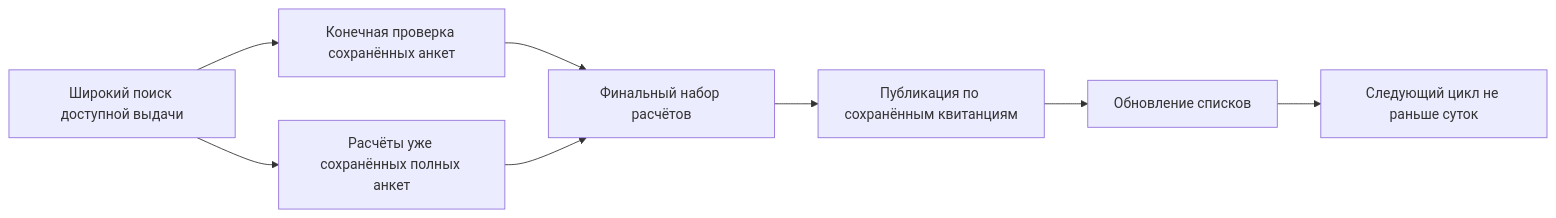
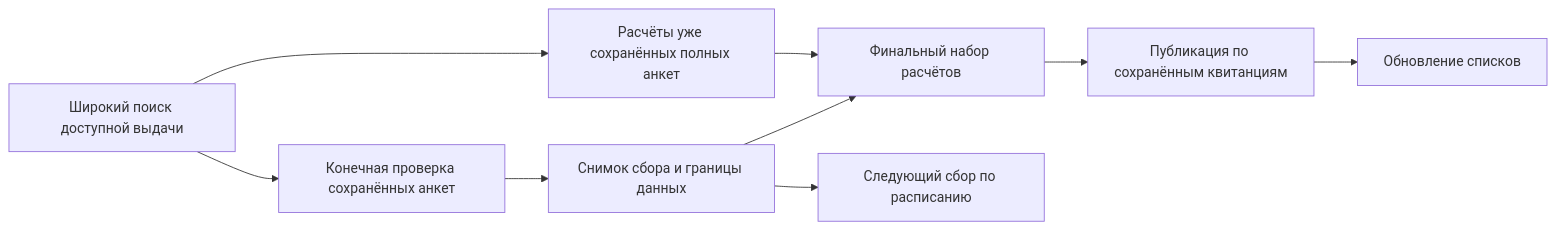
One commit to kostia7alania/jardulik-companion changed the diagram in docs/sync-cycles.md. Above: the diagram before and after it, drawn with Mermaid. The commit also changed other lines of this file and 35 other files, not shown here.

````diff
--- a/docs/sync-cycles.md
+++ b/docs/sync-cycles.md
@@ -5,10 +9,11 @@
 ```mermaid
 flowchart LR
  A[Широкий поиск доступной выдачи] --> B[Конечная проверка сохранённых анкет]
  A --> C[Расчёты уже сохранённых полных анкет]
- B --> D[Финальный набор расчётов]
+ B --> S[Снимок сбора и границы данных]
+ S --> D[Финальный набор расчётов]
+ S --> G[Следующий сбор по расписанию]
  C --> D
  D --> E[Публикация по сохранённым квитанциям]
  E --> F[Обновление списков]
- F --> G[Следующий цикл не раньше суток]
 ```
````
